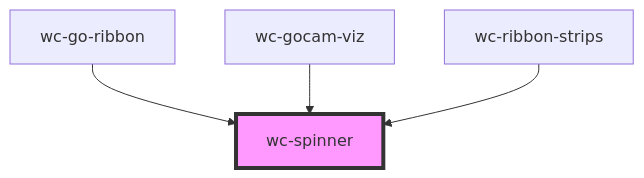
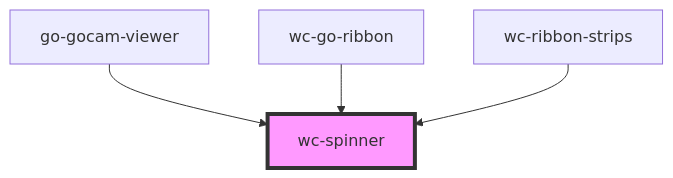
The diagram in src/components/go-spinner/readme.md (geneontology/web-components), drawn with Mermaid before and after one commit. The commit also changed other lines of this file and 10 other files, not shown here.

Commit message:
Rename wc-gocam-viz to go-gocam-viewer

````diff
--- a/src/components/go-spinner/readme.md
+++ b/src/components/go-spinner/readme.md
@@ -30,7 +30,7 @@
 ```mermaid
 graph TD;
+  go-gocam-viewer --> wc-spinner
   wc-go-ribbon --> wc-spinner
-  wc-gocam-viz --> wc-spinner
   wc-ribbon-strips --> wc-spinner
   style wc-spinner fill:#f9f,stroke:#333,stroke-width:4px
 ```
````
